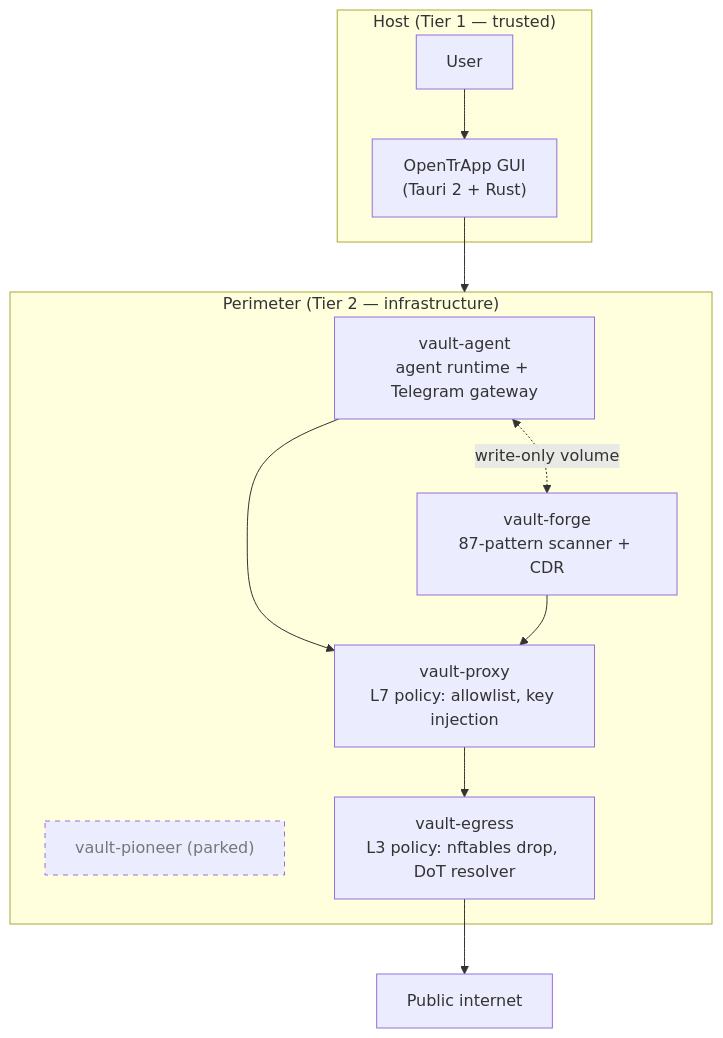
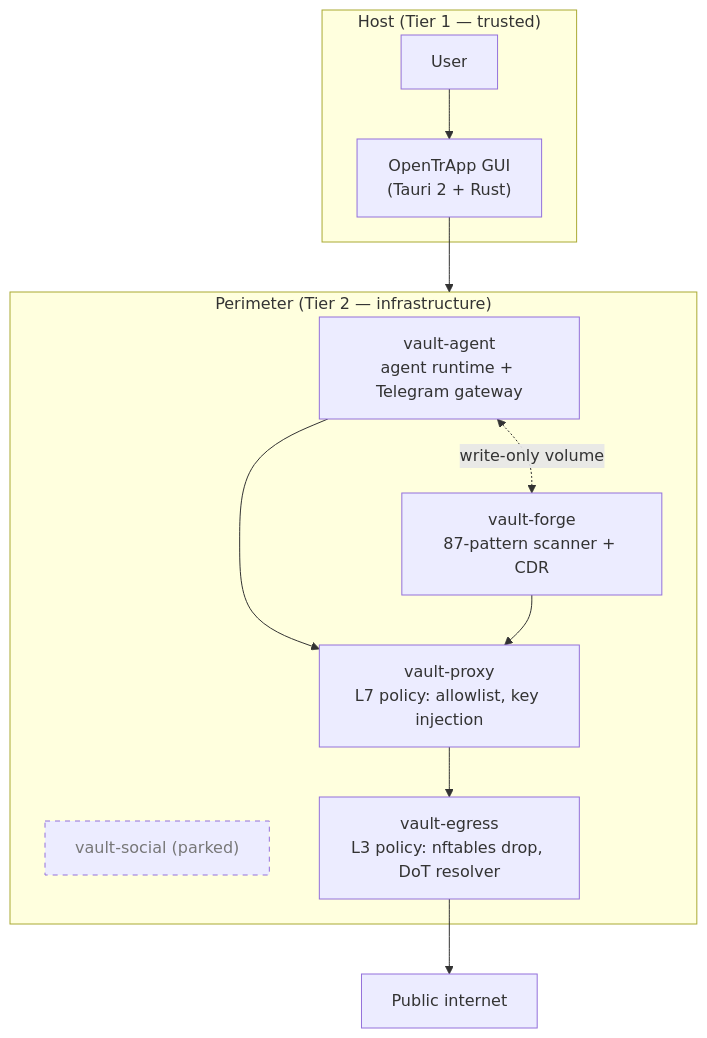
The diagram in docs/trifecta.md (albertdobmeyer/opentrapp), drawn with Mermaid before and after one commit. The commit also changed other lines of this file and 352 other files, not shown here.

````diff
--- a/docs/trifecta.md
+++ b/docs/trifecta.md
@@ -57,26 +57,26 @@
 ```mermaid
 flowchart TB
     subgraph HOST["Host (Tier 1 — trusted)"]
         USER[User]
         GUI["OpenTrApp GUI<br/>(Tauri 2 + Rust)"]
     end
 
     subgraph PERIMETER["Perimeter (Tier 2 — infrastructure)"]
         AGENT["vault-agent<br/>agent runtime + Telegram gateway"]
         FORGE["vault-forge<br/>87-pattern scanner + CDR"]
-        PIONEER["vault-pioneer (parked)"]
+        PIONEER["vault-social (parked)"]
         PROXY["vault-proxy<br/>L7 policy: allowlist, key injection"]
         EGRESS["vault-egress<br/>L3 policy: nftables drop, DoT resolver"]
     end
 
     USER --> GUI
     GUI --> PERIMETER
     AGENT --> PROXY
     FORGE --> PROXY
     AGENT <-.->|"write-only volume"| FORGE
     PROXY --> EGRESS
     EGRESS --> EXT[Public internet]
 
     classDef parked stroke-dasharray: 5 5,color:#777
     class PIONEER parked
 ```
````
